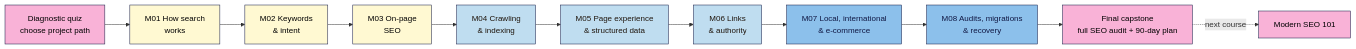
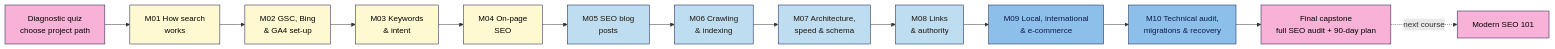
One commit to neps-in/courses-101 changed the diagram in seo-101/course-outline.md. Above: the diagram before and after it, drawn with Mermaid. The commit also changed other lines of this file and 2 other files, not shown here.

Commit message:
seo-101: outline v0.2 (SEO only, 10 modules)

````diff
--- a/seo-101/course-outline.md
+++ b/seo-101/course-outline.md
@@ -140,19 +143,21 @@
 ```mermaid
 flowchart LR
-  %% alt: Learning path: diagnostic quiz, then M01 search basics through M08 audits and recovery, ending in the final site audit capstone.
+  %% alt: Learning path: diagnostic quiz, M01 how search works through M10 audits, then the final full SEO audit capstone and Modern SEO 101.
   D[Diagnostic quiz<br/>choose project path]:::pink --> M1[M01 How search<br/>works]:::cream
-  M1 --> M2[M02 Keywords<br/>& intent]:::cream
-  M2 --> M3[M03 On-page<br/>SEO]:::cream
-  M3 --> M4[M04 Crawling<br/>& indexing]:::sky
-  M4 --> M5[M05 Page experience<br/>& structured data]:::sky
-  M5 --> M6[M06 Links<br/>& authority]:::sky
-  M6 --> M7[M07 Local, international<br/>& e-commerce]:::blue
-  M7 --> M8[M08 Audits, migrations<br/>& recovery]:::blue
-  M8 --> C[Final capstone<br/>full SEO audit + 90-day plan]:::pink
+  M1 --> M2[M02 GSC, Bing<br/>& GA4 set-up]:::cream
+  M2 --> M3[M03 Keywords<br/>& intent]:::cream
+  M3 --> M4[M04 On-page<br/>SEO]:::cream
+  M4 --> M5[M05 SEO blog<br/>posts]:::sky
+  M5 --> M6[M06 Crawling<br/>& indexing]:::sky
+  M6 --> M7[M07 Architecture,<br/>speed & schema]:::sky
+  M7 --> M8[M08 Links<br/>& authority]:::sky
+  M8 --> M9[M09 Local, international<br/>& e-commerce]:::blue
+  M9 --> M10[M10 Technical audit,<br/>migrations & recovery]:::blue
+  M10 --> C[Final capstone<br/>full SEO audit + 90-day plan]:::pink
   C -. next course .-> N[Modern SEO 101]:::pink
 
   classDef cream fill:#FFF9D2,color:#000000,stroke:#111844
   classDef sky   fill:#BFDDF0,color:#1F150C,stroke:#111844
   classDef blue  fill:#8CC0EB,color:#111844,stroke:#111844
   classDef pink  fill:#F9B2D7,color:#000000,stroke:#111844
 ```
````
